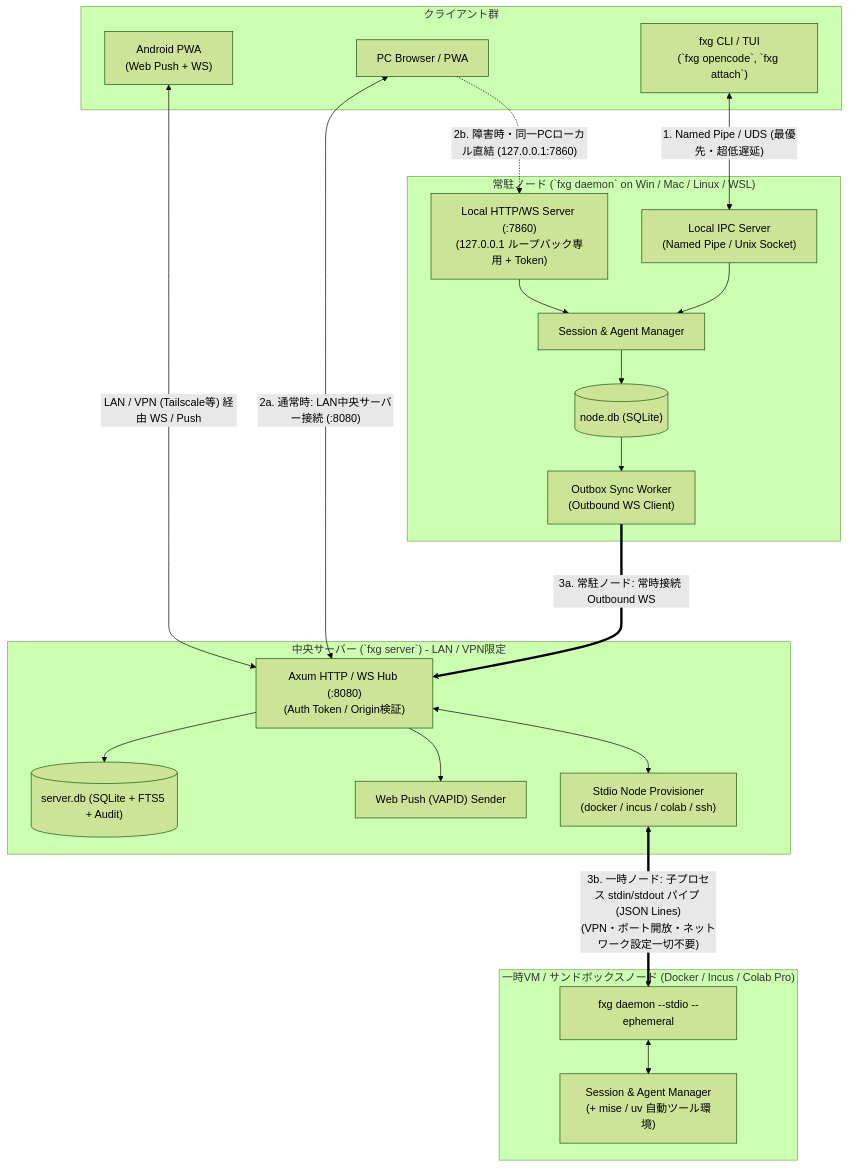
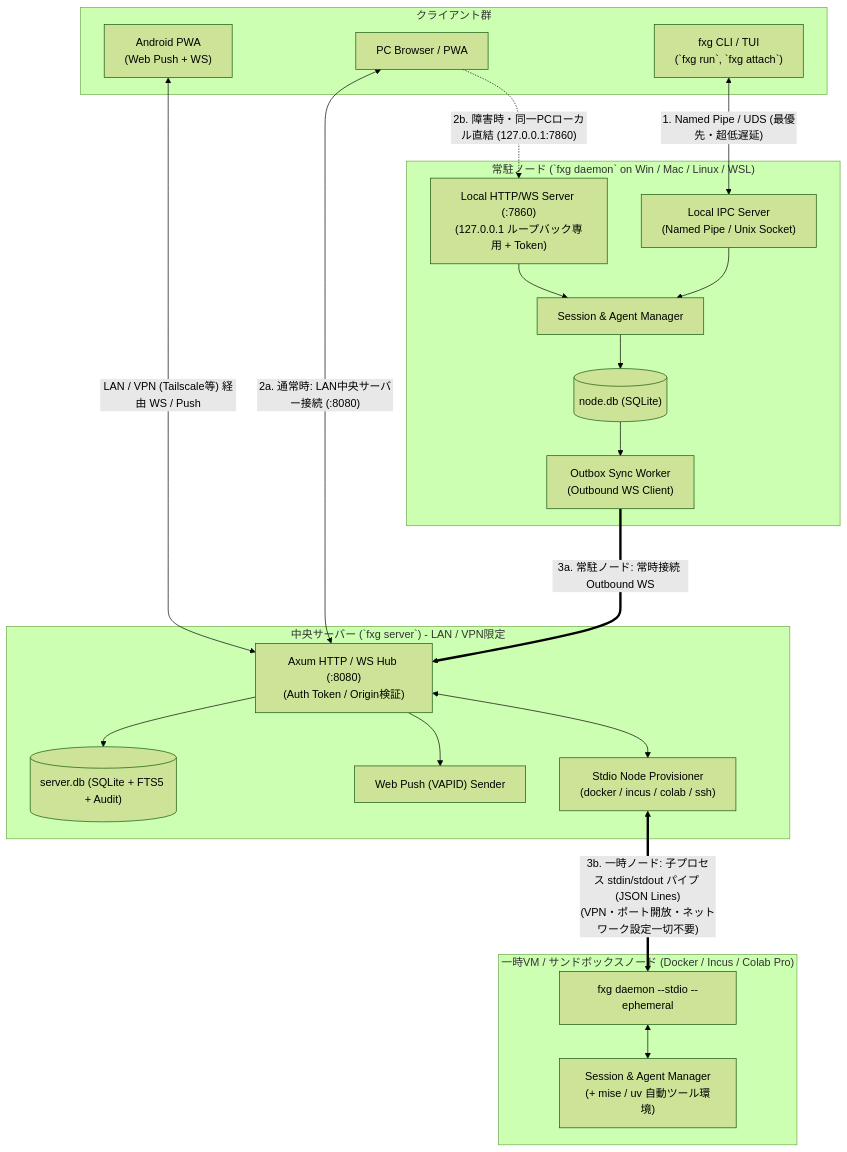
The first of 3 diagrams in docs/01-architecture-and-sync.md (nazo6/flexagent), drawn with Mermaid (forest theme) before and after one commit. The commit also changed other lines of this file and 6 other files, not shown here.

````diff
--- a/docs/01-architecture-and-sync.md
+++ b/docs/01-architecture-and-sync.md
@@ -10,44 +10,44 @@
 ```mermaid
 flowchart TB
     subgraph Clients["クライアント群"]
         AndroidPWA["Android PWA<br/>(Web Push + WS)"]
         Browser["PC Browser / PWA"]
-        CLI["fxg CLI / TUI<br/>(`fxg opencode`, `fxg attach`)"]
+        CLI["fxg CLI / TUI<br/>(`fxg run`, `fxg attach`)"]
     end
 
     subgraph Central["中央サーバー (`fxg server`) - LAN / VPN限定"]
         Hub["Axum HTTP / WS Hub (:8080)<br/>(Auth Token / Origin検証)"]
         Prov["Stdio Node Provisioner<br/>(docker / incus / colab / ssh)"]
         Push["Web Push (VAPID) Sender"]
         ServerDB[("server.db (SQLite + FTS5 + Audit)")]
         Hub --> ServerDB
         Hub --> Push
         Hub <--> Prov
     end
 
     subgraph Node["常駐ノード (`fxg daemon` on Win / Mac / Linux / WSL)"]
         LocalAPI["Local HTTP/WS Server (:7860)<br/>(127.0.0.1 ループバック専用 + Token)"]
         LocalIPC["Local IPC Server<br/>(Named Pipe / Unix Socket)"]
         SyncWorker["Outbox Sync Worker<br/>(Outbound WS Client)"]
         SessionMgr["Session & Agent Manager"]
         NodeDB[("node.db (SQLite)")]
 
         LocalIPC --> SessionMgr
         LocalAPI --> SessionMgr
         SessionMgr --> NodeDB
         NodeDB --> SyncWorker
     end
 
     subgraph EphemeralNode["一時VM / サンドボックスノード (Docker / Incus / Colab Pro)"]
         EphDaemon["fxg daemon --stdio --ephemeral"]
         EphAgent["Session & Agent Manager<br/>(+ mise / uv 自動ツール環境)"]
         EphDaemon <--> EphAgent
     end
 
     CLI <-->|"1. Named Pipe / UDS (最優先・超低遅延)"| LocalIPC
     Browser <-->|"2a. 通常時: LAN中央サーバー接続 (:8080)"| Hub
     Browser -.->|"2b. 障害時・同一PCローカル直結 (127.0.0.1:7860)"| LocalAPI
     AndroidPWA <-->|"LAN / VPN (Tailscale等) 経由 WS / Push"| Hub
     SyncWorker ===>|"3a. 常駐ノード: 常時接続 Outbound WS"| Hub
     Prov <==>|"3b. 一時ノード: 子プロセス stdin/stdout パイプ (JSON Lines)<br/>(VPN・ポート開放・ネットワーク設定一切不要)"| EphDaemon
 ```
````
